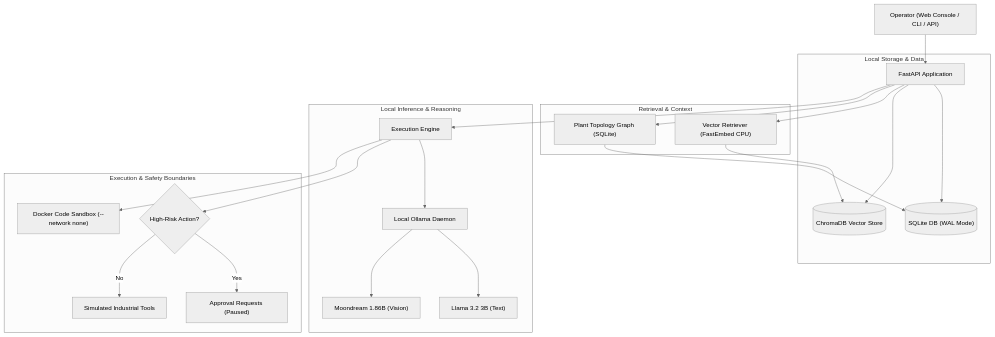
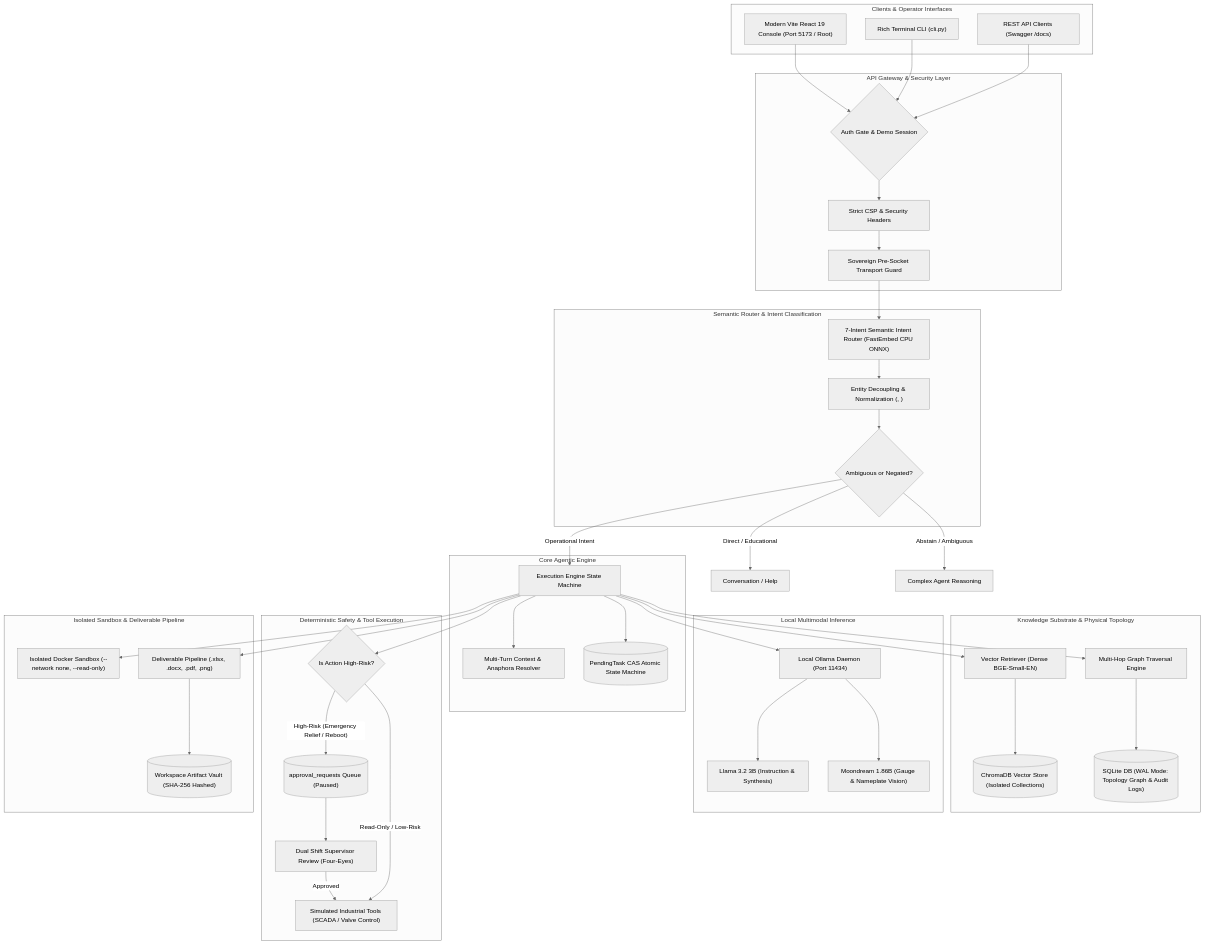
Before and after one commit to ard12/CogniShift: the diagram in README.md, drawn with Mermaid (neutral theme). The commit also changed other lines of this file and 2 other files, not shown here.

Commit message:
docs: overhaul README with in-depth architecture and remove presentation file from repository

````diff
--- a/README.md
+++ b/README.md
@@ -41,30 +74,82 @@
 ```mermaid
 graph TD
-    Operator["Operator (Web Console / CLI / API)"] --> API["FastAPI Application"]
-
-    subgraph "Local Storage & Data"
-        API --> DB[("SQLite DB (WAL Mode)")]
-        API --> Chroma[("ChromaDB Vector Store")]
+    subgraph "Clients & Operator Interfaces"
+        Console["Modern Vite React 19 Console (Port 5173 / Root)"]
+        CLI["Rich Terminal CLI (cli.py)"]
+        ExternalAPI["REST API Clients (Swagger /docs)"]
     end
 
-    subgraph "Retrieval & Context"
-        API --> Retriever["Vector Retriever (FastEmbed CPU)"]
-        Retriever --> Chroma
-        API --> Graph["Plant Topology Graph (SQLite)"]
-        Graph --> DB
+    subgraph "API Gateway & Security Layer"
+        AuthGate{"Auth Gate & Demo Session"}
+        CSP["Strict CSP & Security Headers"]
+        TransportGuard["Sovereign Pre-Socket Transport Guard"]
     end
 
-    subgraph "Local Inference & Reasoning"
-        API --> Engine["Execution Engine"]
-        Engine --> Ollama["Local Ollama Daemon"]
-        Ollama --> LLM["Llama 3.2 3B (Text)"]
-        Ollama --> VLM["Moondream 1.86B (Vision)"]
+    Console --> AuthGate
+    CLI --> AuthGate
+    ExternalAPI --> AuthGate
+    AuthGate --> CSP
+    CSP --> TransportGuard
+
+    subgraph "Semantic Router & Intent Classification"
+        Router["7-Intent Semantic Intent Router (FastEmbed CPU ONNX)"]
+        EntityNorm["Entity Decoupling & Normalization (<equipment_id>, <file>)"]
+        SafetyAbstain{"Ambiguous or Negated?"}
     end
 
-    subgraph "Execution & Safety Boundaries"
-        Engine --> HITL{"High-Risk Action?"}
-        HITL -->|"Yes"| ApprovalQueue["Approval Requests (Paused)"]
-        HITL -->|"No"| ToolExec["Simulated Industrial Tools"]
-        Engine --> Sandbox["Docker Code Sandbox (--network none)"]
+    TransportGuard --> Router
+    Router --> EntityNorm
+    EntityNorm --> SafetyAbstain
+
+    SafetyAbstain -->|"Direct / Educational"| ConversationHandler["Conversation / Help"]
+    SafetyAbstain -->|"Abstain / Ambiguous"| ComplexAgentFallback["Complex Agent Reasoning"]
+    SafetyAbstain -->|"Operational Intent"| Engine["Execution Engine State Machine"]
+
+    subgraph "Core Agentic Engine"
+        ContextResolver["Multi-Turn Context & Anaphora Resolver"]
+        CASTasks[("PendingTask CAS Atomic State Machine")]
+        Engine --> ContextResolver
+        Engine --> CASTasks
+    end
+
+    subgraph "Knowledge Substrate & Physical Topology"
+        ChromaStore[("ChromaDB Vector Store (Isolated Collections)")]
+        SQLiteDB[("SQLite DB (WAL Mode: Topology Graph & Audit Logs)")]
+        Retriever["Vector Retriever (Dense BGE-Small-EN)"]
+        GraphMem["Multi-Hop Graph Traversal Engine"]
+        Retriever --> ChromaStore
+        GraphMem --> SQLiteDB
+        Engine --> Retriever
+        Engine --> GraphMem
+    end
+
+    subgraph "Local Multimodal Inference"
+        OllamaDaemon["Local Ollama Daemon (Port 11434)"]
+        LLM["Llama 3.2 3B (Instruction & Synthesis)"]
+        VLM["Moondream 1.86B (Gauge & Nameplate Vision)"]
+        OllamaDaemon --> LLM
+        OllamaDaemon --> VLM
+        Engine --> OllamaDaemon
+    end
+
+    subgraph "Deterministic Safety & Tool Execution"
+        RiskCheck{"Is Action High-Risk?"}
+        HITLQueue[("approval_requests Queue (Paused)")]
+        Supervisors["Dual Shift Supervisor Review (Four-Eyes)"]
+        ToolExecutor["Simulated Industrial Tools (SCADA / Valve Control)"]
+        Engine --> RiskCheck
+        RiskCheck -->|"High-Risk (Emergency Relief / Reboot)"| HITLQueue
+        HITLQueue --> Supervisors
+        Supervisors -->|"Approved"| ToolExecutor
+        RiskCheck -->|"Read-Only / Low-Risk"| ToolExecutor
+    end
+
+    subgraph "Isolated Sandbox & Deliverable Pipeline"
+        DockerSandbox["Isolated Docker Sandbox (--network none, --read-only)"]
+        ArtifactPipe["Deliverable Pipeline (.xlsx, .docx, .pdf, .png)"]
+        ArtifactStore[("Workspace Artifact Vault (SHA-256 Hashed)")]
+        Engine --> DockerSandbox
+        Engine --> ArtifactPipe
+        ArtifactPipe --> ArtifactStore
     end
 ```
````
